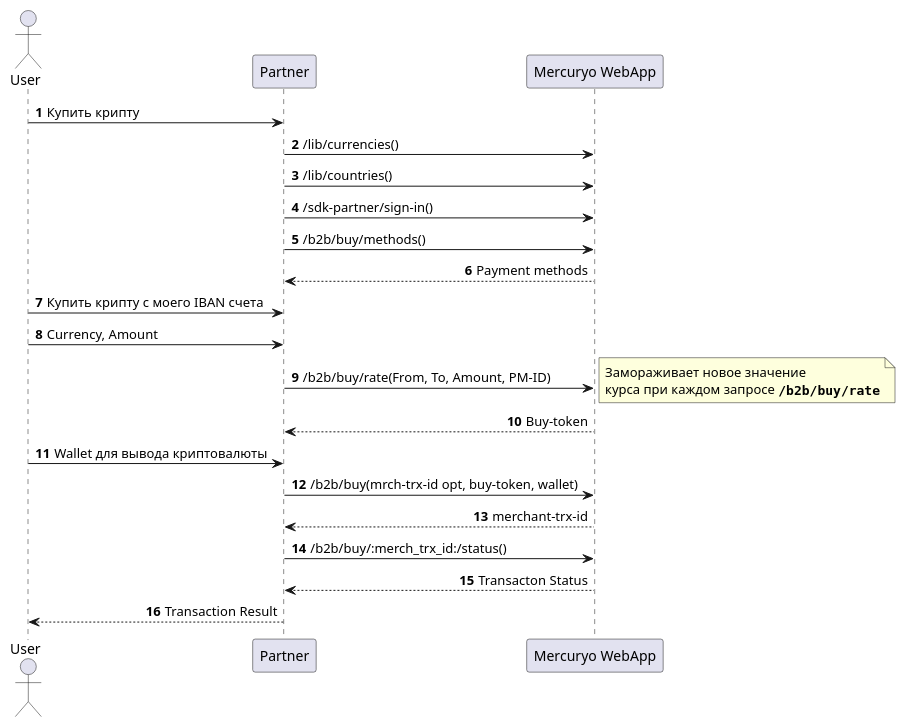
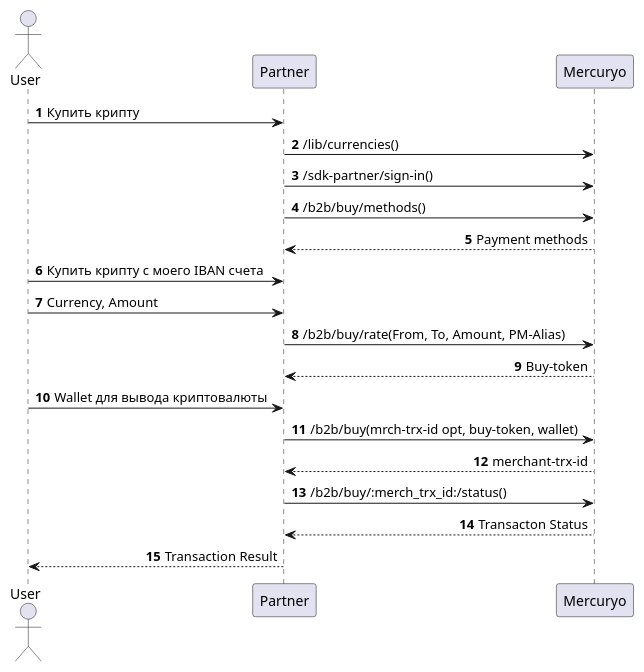
Before and after one commit to mercuryoio/BAAS-API: the diagram in 3 Buy IBAN/:b2b:iban:buy.puml, drawn with PlantUML. The commit also changed 5 other files, not shown here.

```diff
--- a/3 Buy IBAN/:b2b:iban:buy.puml
+++ b/3 Buy IBAN/:b2b:iban:buy.puml
@@ -1,40 +1,31 @@
 @startuml
 ' This UML source uses PlantUML format.
 ' https://plantuml.com/sequence-diagram for syntax details.
 ' Optional styles
 
 skinparam shadowing false
 skinparam SequenceMessageAlign direction
 
 autonumber
 
 actor User as user
 participant "Partner" as part
-participant "Mercuryo WebApp" as merc
-
-actor User as user
-participant "Partner" as part
 participant "Mercuryo" as merc
 
 user -> part: Купить крипту
 part -> merc: /lib/currencies()
-part -> merc: /lib/countries()
 part -> merc: /sdk-partner/sign-in()
 part -> merc: /b2b/buy/methods()
 merc --> part: Payment methods
 user -> part: Купить крипту c моего IBAN счета
 user -> part: Currency, Amount
-part -> merc: /b2b/buy/rate(From, To, Amount, PM-ID)
-note right
-Замораживает новое значение
-курса при каждом запросе **""/b2b/buy/rate""**
-end note
+part -> merc: /b2b/buy/rate(From, To, Amount, PM-Alias)
 merc --> part: Buy-token
 user -> part: Wallet для вывода криптовалюты
 part -> merc: /b2b/buy(mrch-trx-id opt, buy-token, wallet)
 merc --> part: merchant-trx-id
 part -> merc: /b2b/buy/:merch_trx_id:/status()
 merc --> part: Transacton Status
 part --> user: Transaction Result
 
 @enduml
```
